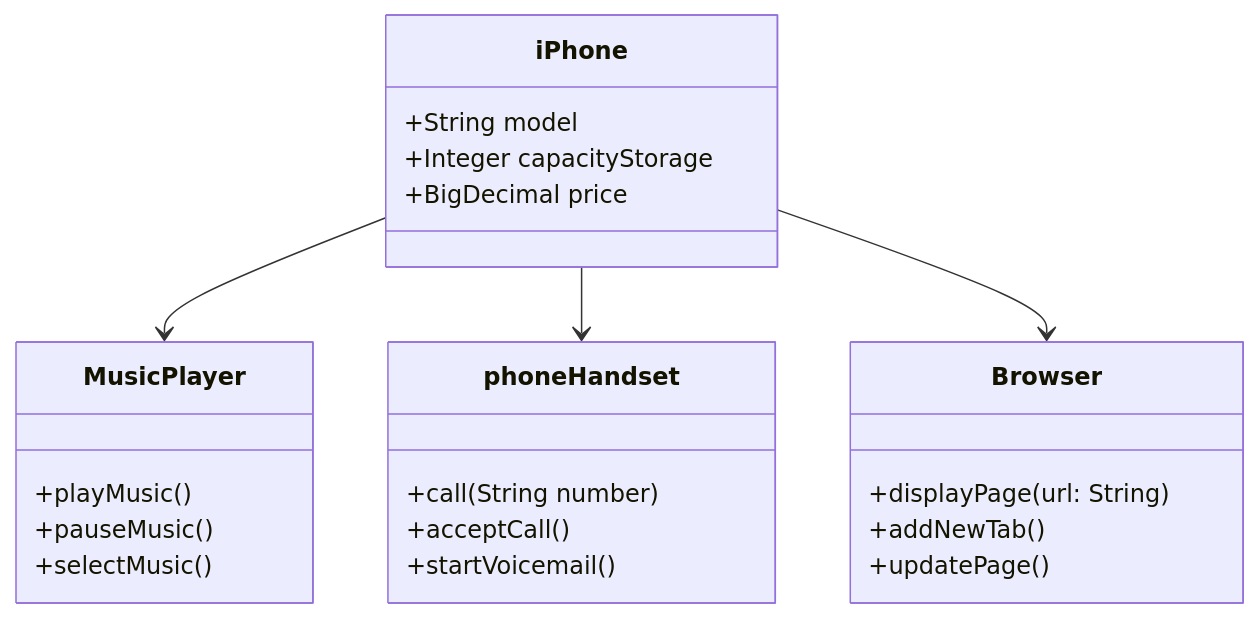
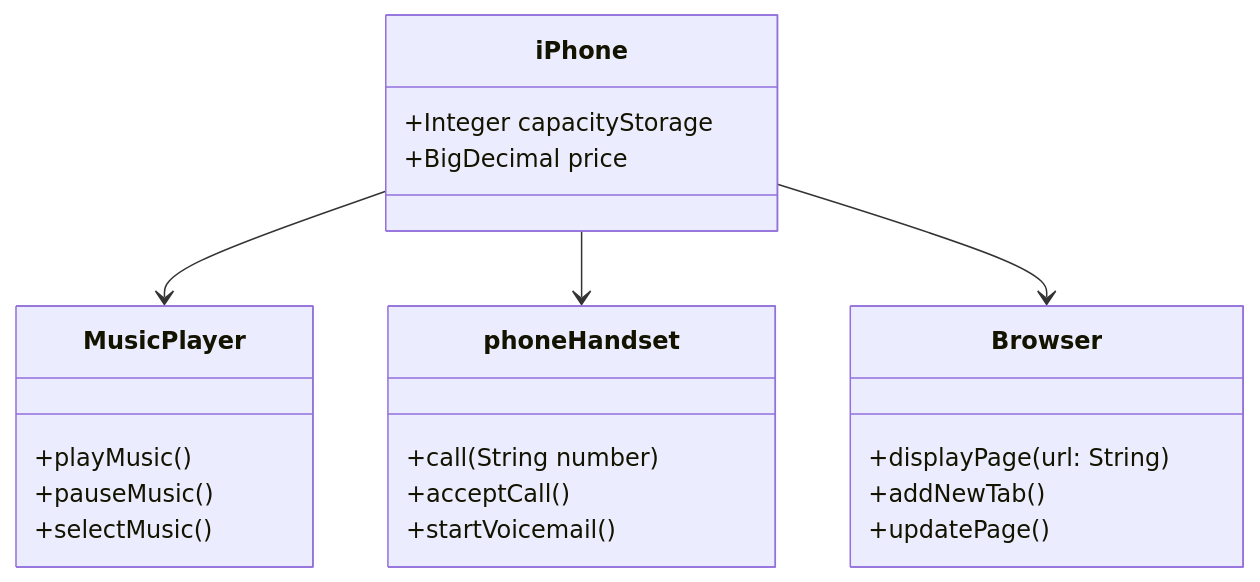
One commit to CaioAntonioJava/desafio-dio-iphone-uml changed the diagram in README.en.md. Above: the diagram before and after it, drawn with Mermaid.

````diff
--- a/README.en.md
+++ b/README.en.md
@@ -33,31 +33,30 @@
 ```mermaid
 classDiagram
  class MusicPlayer {
         +playMusic()
         +pauseMusic()
         +selectMusic()
  }
 
     class phoneHandset {
         +call(String number)
         +acceptCall()
         +startVoicemail()
  }
 
     class Browser {
         +displayPage(url: String)
         +addNewTab()
         +updatePage()
  }
 
     class iPhone {
-        +String model
         +Integer capacityStorage
         +BigDecimal price
  }
 
 
 iPhone --> MusicPlayer
 iPhone --> phoneHandset
 iPhone --> Browser
 ```
````
